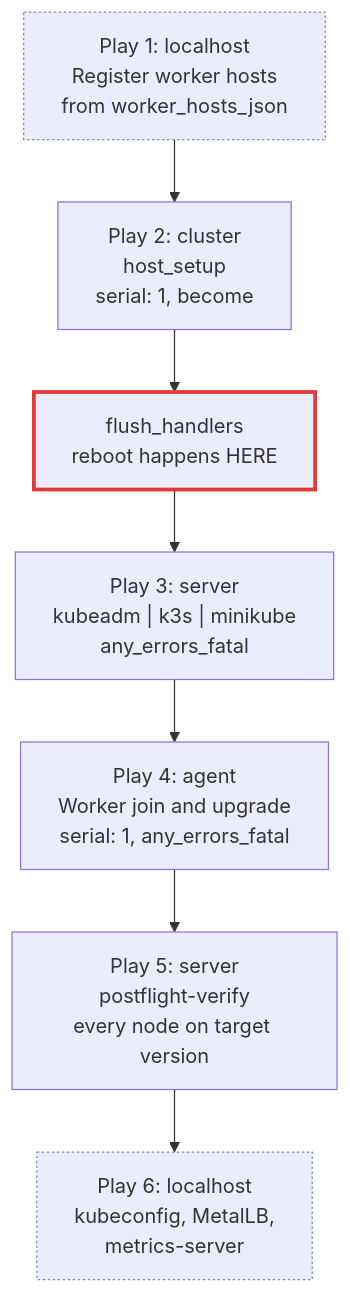
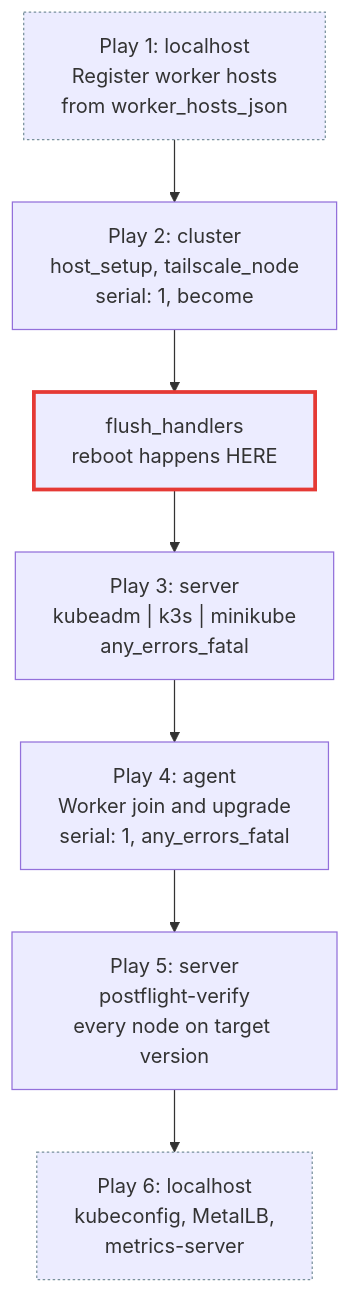
The diagram in docs/stage1/playbook.md (chrisleekr/homelab-infrastructure), drawn with Mermaid before and after one commit. The commit also changed other lines of this file and 75 other files, not shown here.

````diff
--- a/docs/stage1/playbook.md
+++ b/docs/stage1/playbook.md
@@ -5,15 +5,15 @@
 ```mermaid
 flowchart TD
     play1["Play 1: localhost<br/>Register worker hosts<br/>from worker_hosts_json"]:::aux
-    play2["Play 2: cluster<br/>host_setup<br/>serial: 1, become"]
+    play2["Play 2: cluster<br/>host_setup, tailscale_node<br/>serial: 1, become"]
     barrier["flush_handlers<br/>reboot happens HERE"]:::danger
     play3["Play 3: server<br/>kubeadm | k3s | minikube<br/>any_errors_fatal"]
     play4["Play 4: agent<br/>Worker join and upgrade<br/>serial: 1, any_errors_fatal"]
     play5["Play 5: server<br/>postflight-verify<br/>every node on target version"]
     play6["Play 6: localhost<br/>kubeconfig, MetalLB,<br/>metrics-server"]:::aux
 
     play1 --> play2 --> barrier --> play3 --> play4 --> play5 --> play6
 
     classDef danger stroke:#e53935,stroke-width:3px
     classDef aux stroke:#78909c,stroke-dasharray:2 2
 ```
````
